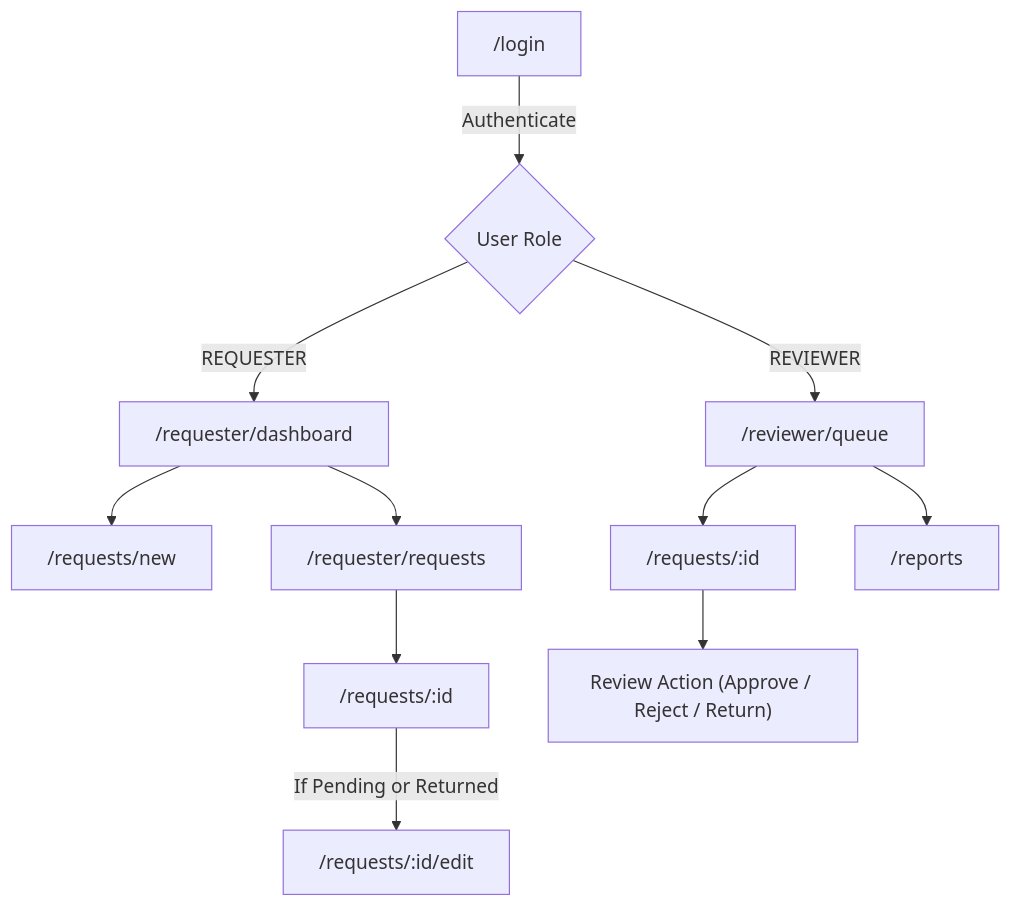
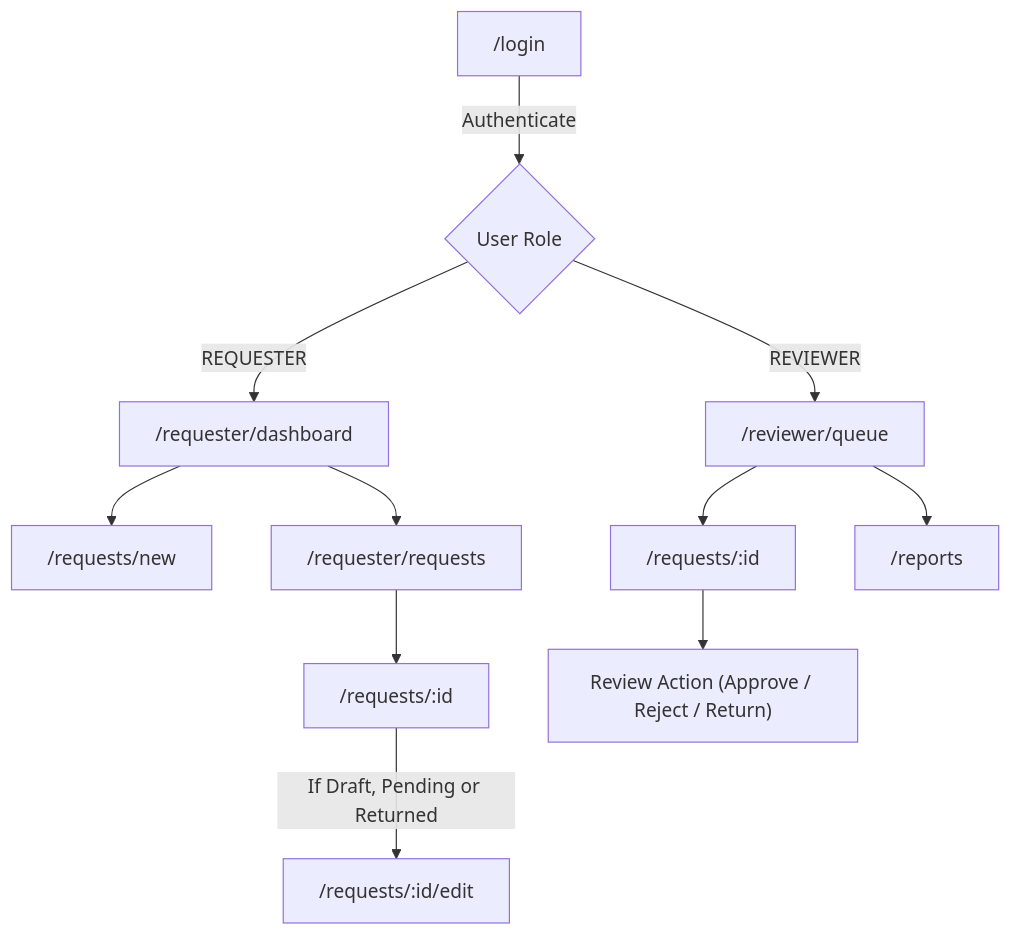
The third of 5 diagrams in document/sds.md (bravefe/Software-Engineer-2), drawn with Mermaid before and after one commit. The commit also changed other lines of this file and 13 other files, not shown here.

````diff
--- a/document/sds.md
+++ b/document/sds.md
@@ -286,16 +286,16 @@
 ```mermaid
 graph TD
     Login["/login"] -->|Authenticate| RoleCheck{User Role}
 
     RoleCheck -->|REQUESTER| RDash["/requester/dashboard"]
     RoleCheck -->|REVIEWER| RQueue["/reviewer/queue"]
 
     RDash --> RNew["/requests/new"]
     RDash --> RList["/requester/requests"]
     RList --> RDetail["/requests/:id"]
-    RDetail -->|If Pending or Returned| REdit["/requests/:id/edit"]
+    RDetail -->|If Draft, Pending or Returned| REdit["/requests/:id/edit"]
 
     RQueue --> RevDetail["/requests/:id"]
     RevDetail --> ReviewModal["Review Action (Approve / Reject / Return)"]
     RQueue --> Reports["/reports"]
 ```
````
